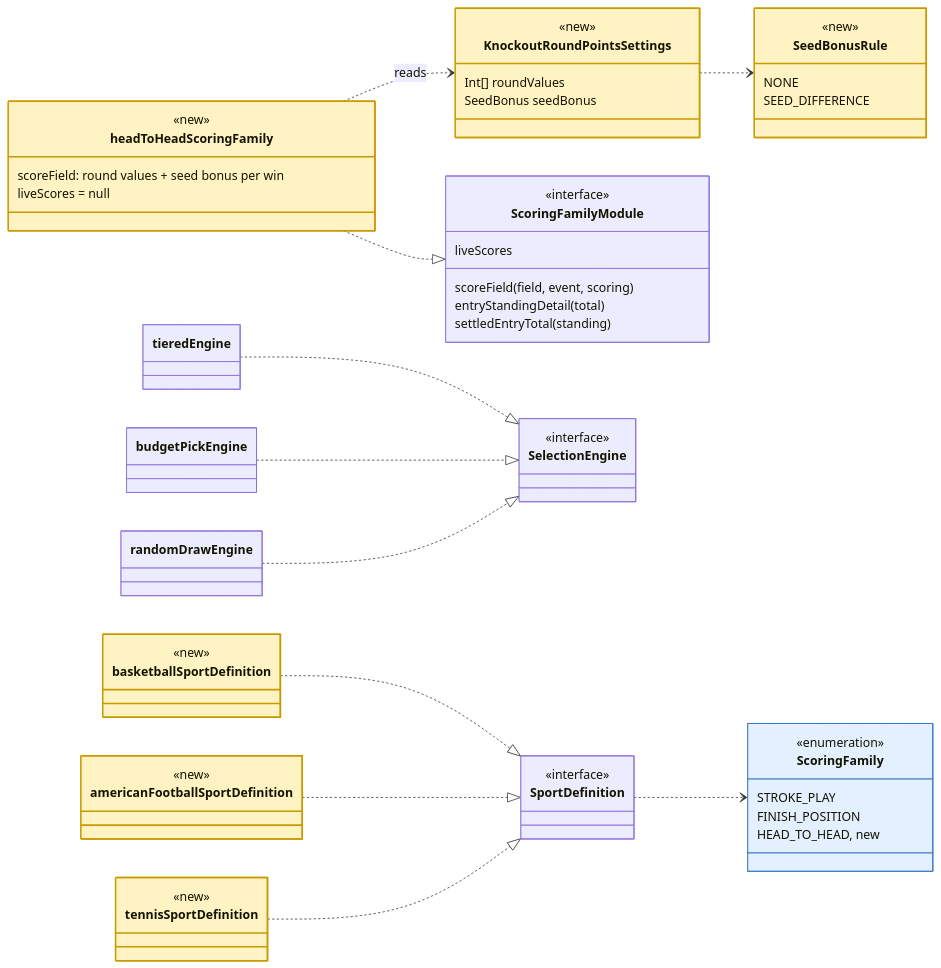
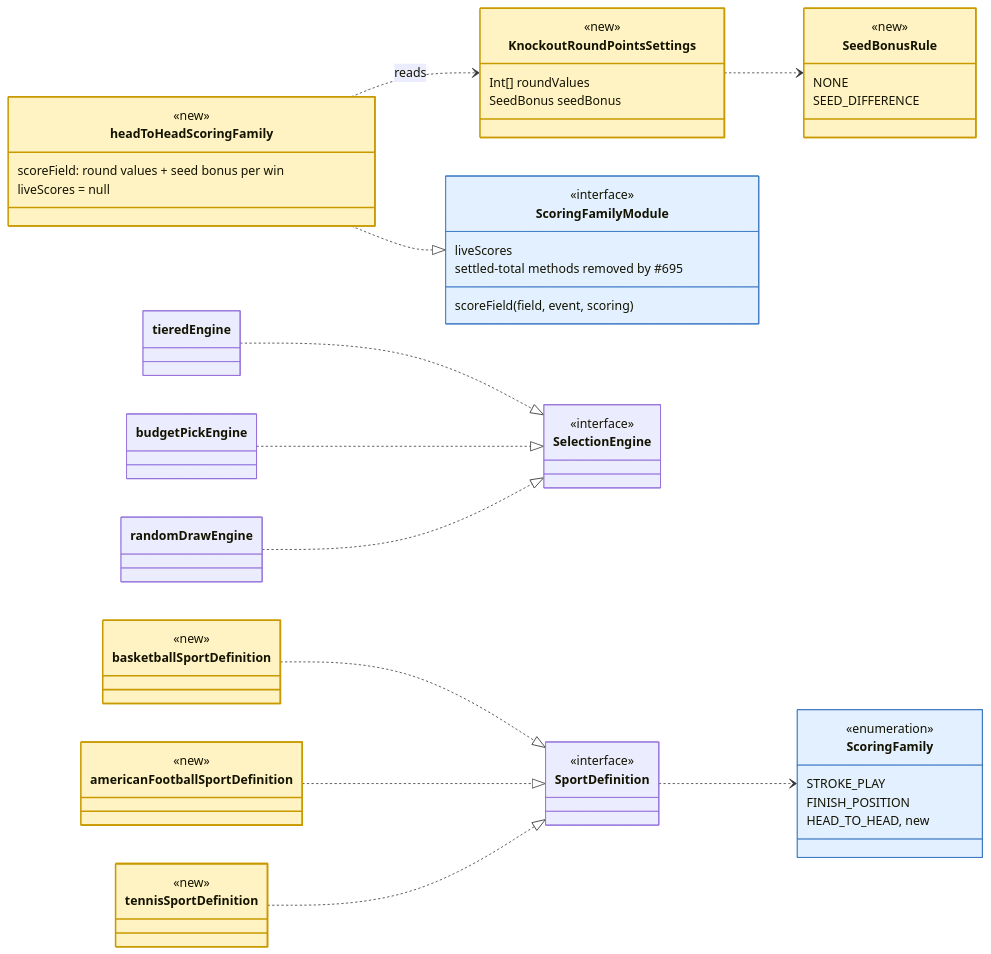
The fourth of 6 diagrams in plans/knockout-and-pickem-design.md (derek-dorazio/pool-master), drawn with Mermaid before and after one commit. The commit also changed other lines of this file, not shown here.

First line of the commit message:
Design: settled totals move to ContestEntryStanding.totalScore first (#695)

````diff
--- a/plans/knockout-and-pickem-design.md
+++ b/plans/knockout-and-pickem-design.md
@@ -738,69 +736,69 @@
 ```mermaid
 classDiagram
   direction LR
   class SportDefinition {
     <<interface>>
   }
   class ScoringFamilyModule {
     <<interface>>
     scoreField(field, event, scoring)
     liveScores
-    entryStandingDetail(total)
-    settledEntryTotal(standing)
+    settled-total methods removed by #695
   }
   class SelectionEngine {
     <<interface>>
   }
   class ScoringFamily {
     <<enumeration>>
     STROKE_PLAY
     FINISH_POSITION
     HEAD_TO_HEAD, new
   }
   class headToHeadScoringFamily {
     <<new>>
     scoreField: round values + seed bonus per win
     liveScores = null
   }
   class KnockoutRoundPointsSettings {
     <<new>>
     Int[] roundValues
     SeedBonus seedBonus
   }
   class SeedBonusRule {
     <<new>>
     NONE
     SEED_DIFFERENCE
   }
   class basketballSportDefinition {
     <<new>>
   }
   class americanFootballSportDefinition {
     <<new>>
   }
   class tennisSportDefinition {
     <<new>>
   }
   class tieredEngine
   class budgetPickEngine
   class randomDrawEngine
 
   basketballSportDefinition ..|> SportDefinition
   americanFootballSportDefinition ..|> SportDefinition
   tennisSportDefinition ..|> SportDefinition
   headToHeadScoringFamily ..|> ScoringFamilyModule
   headToHeadScoringFamily ..> KnockoutRoundPointsSettings : reads
   KnockoutRoundPointsSettings ..> SeedBonusRule
   SportDefinition ..> ScoringFamily
   tieredEngine ..|> SelectionEngine
   budgetPickEngine ..|> SelectionEngine
   randomDrawEngine ..|> SelectionEngine
 
   style headToHeadScoringFamily fill:#fff3c4,stroke:#c99a00,stroke-width:2px
   style KnockoutRoundPointsSettings fill:#fff3c4,stroke:#c99a00,stroke-width:2px
   style SeedBonusRule fill:#fff3c4,stroke:#c99a00,stroke-width:2px
   style basketballSportDefinition fill:#fff3c4,stroke:#c99a00,stroke-width:2px
   style americanFootballSportDefinition fill:#fff3c4,stroke:#c99a00,stroke-width:2px
   style tennisSportDefinition fill:#fff3c4,stroke:#c99a00,stroke-width:2px
   style ScoringFamily fill:#e3f0ff,stroke:#3b78c4
+  style ScoringFamilyModule fill:#e3f0ff,stroke:#3b78c4
 ```
````
